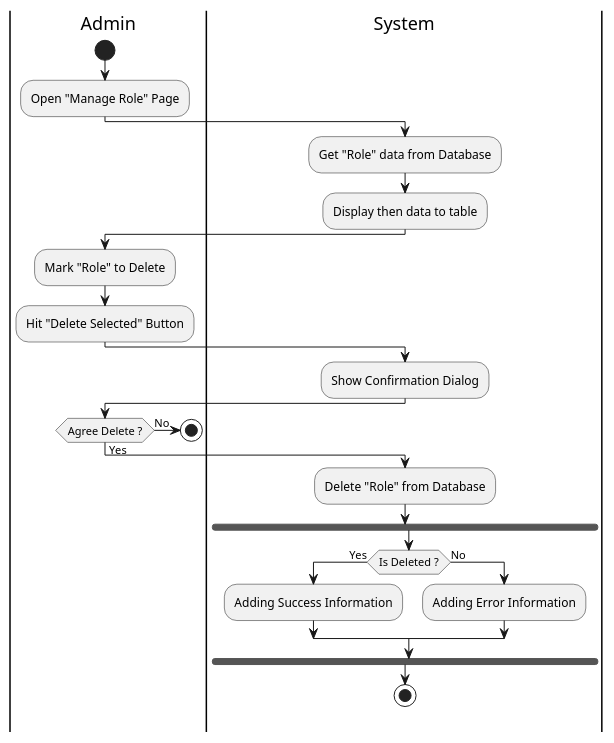
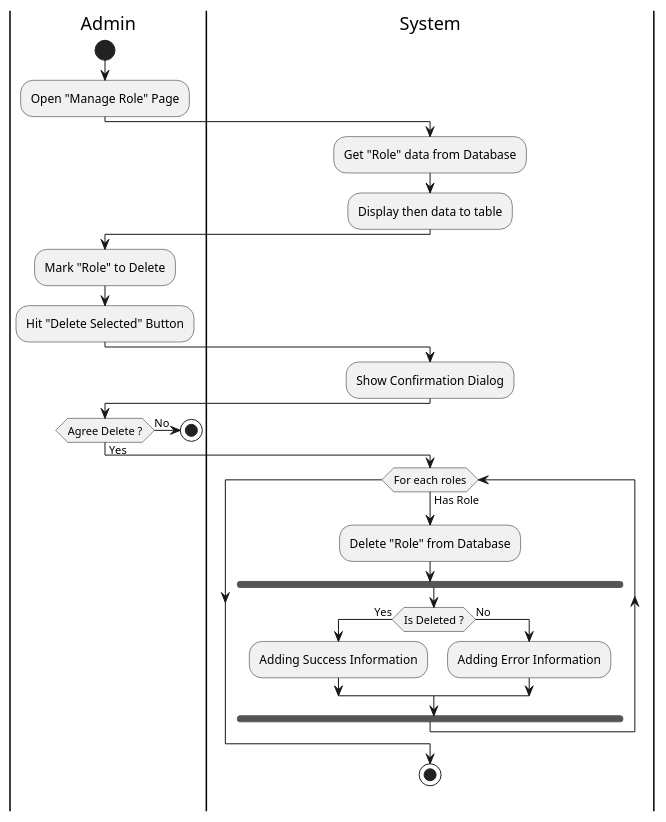
Before and after one commit to fwidjaya20/fazzlearning-uml: the diagram in Activity/Release01/DeleteRole.wsd, drawn with PlantUML. The commit also changed 7 other files, not shown here.

Commit message:
activity: update delete class and event flow

```diff
--- a/Activity/Release01/DeleteRole.wsd
+++ b/Activity/Release01/DeleteRole.wsd
@@ -1,38 +1,40 @@
 @startuml DeleteRole
 
 skinparam ConditionEndStyle hline
 skinparam Monochrome true
 skinparam Shadowing false
 
 |Admin|
 start
 :Open "Manage Role" Page;
 
 |System|
 :Get "Role" data from Database;
 :Display then data to table;
 
 |Admin|
 :Mark "Role" to Delete;
 :Hit "Delete Selected" Button;
 
 |System|
 :Show Confirmation Dialog;
 
 |Admin|
 if (Agree Delete ?) then (No)
     stop
 else (Yes)
     |System|
-    :Delete "Role" from Database;
-    fork
-        |System|
-        if (Is Deleted ?) then (Yes)
-            :Adding Success Information;
-        else (No)
-            :Adding Error Information;
-        endif
-    endfork
+    while(For each roles) is (Has Role)
+        :Delete "Role" from Database;
+        fork
+            |System|
+            if (Is Deleted ?) then (Yes)
+                :Adding Success Information;
+            else (No)
+                :Adding Error Information;
+            endif
+        endfork
+    endwhile
     stop
 endif
 @enduml
```
